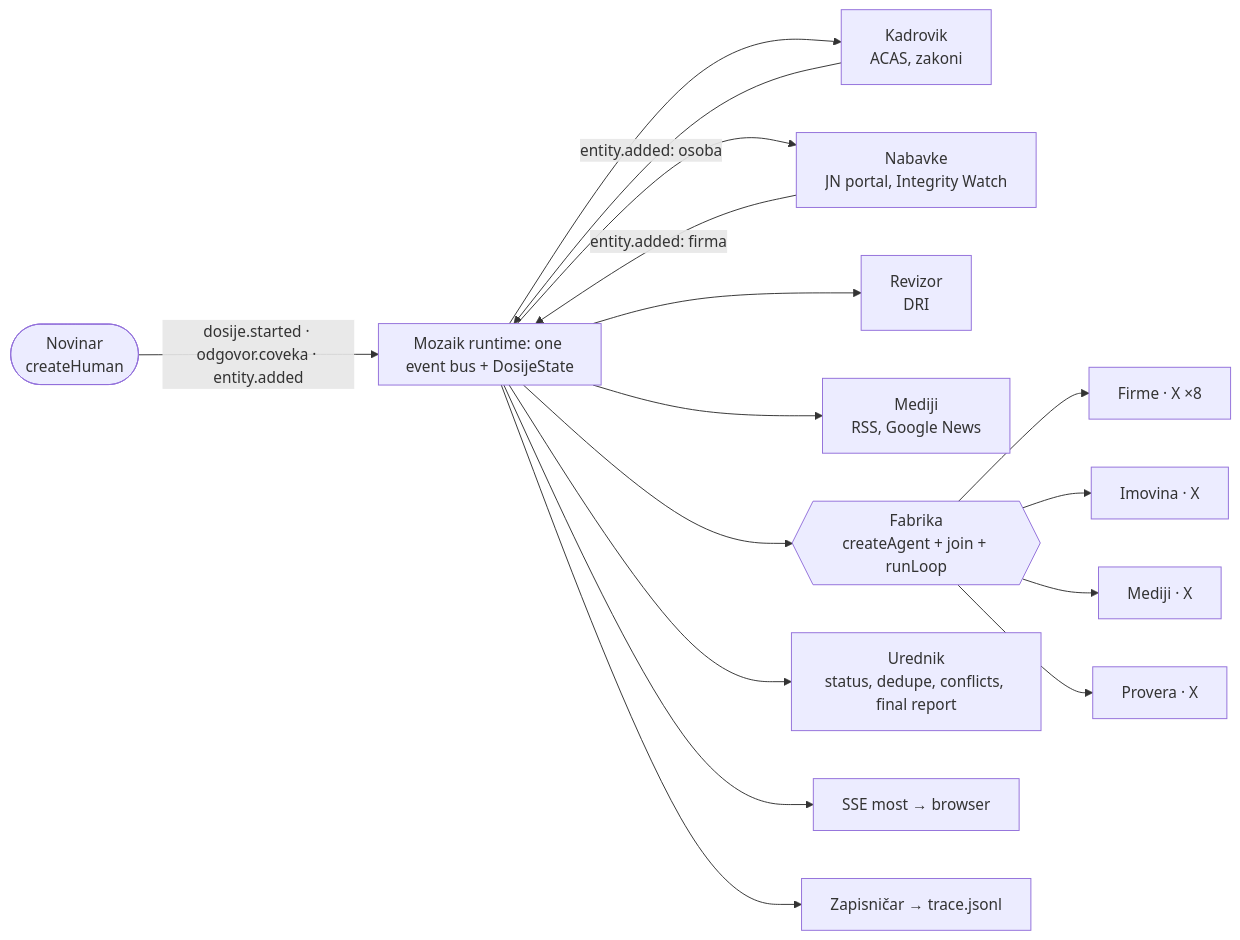
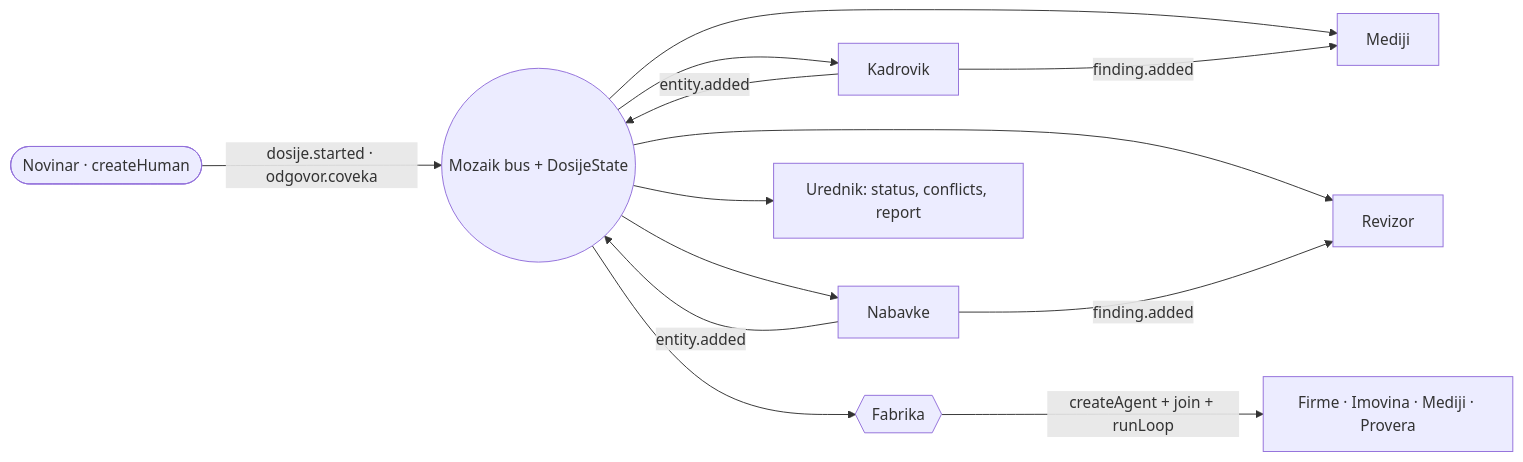
Before and after one commit to IlijaIvanovic78/Dosije: the diagram in README.md, drawn with Mermaid. The commit also changed other lines of this file and 43 other files, not shown here.

````diff
--- a/README.md
+++ b/README.md
@@ -157,20 +60,10 @@
 ```mermaid
 flowchart LR
-  N([Novinar<br/>createHuman]) -->|dosije.started · odgovor.coveka · entity.added| BUS
-  subgraph BUS [Mozaik runtime: one event bus + DosijeState]
-  end
-  BUS --> K[Kadrovik<br/>ACAS, zakoni]
-  BUS --> NB[Nabavke<br/>JN portal, Integrity Watch]
-  BUS --> R[Revizor<br/>DRI]
-  BUS --> M[Mediji<br/>RSS, Google News]
-  K -->|entity.added: osoba| BUS
-  NB -->|entity.added: firma| BUS
-  BUS --> F{{Fabrika<br/>createAgent + join + runLoop}}
-  F --> FX[Firme · X ×8]
-  F --> IX[Imovina · X]
-  F --> MX[Mediji · X]
-  F --> PX[Provera · X]
-  BUS --> U[Urednik<br/>status, dedupe, conflicts, final report]
-  BUS --> SSE[SSE most → browser]
-  BUS --> Z[Zapisničar → trace.jsonl]
+  N([Novinar · createHuman]) -->|dosije.started · odgovor.coveka| BUS((Mozaik bus + DosijeState))
+  BUS --> K[Kadrovik] & NB[Nabavke] & R[Revizor] & M[Mediji]
+  K & NB -->|entity.added| BUS
+  BUS --> F{{Fabrika}} -->|createAgent + join + runLoop| D[Firme · Imovina · Mediji · Provera]
+  K -->|finding.added| M
+  NB -->|finding.added| R
+  BUS --> U[Urednik: status, conflicts, report]
 ```
````
